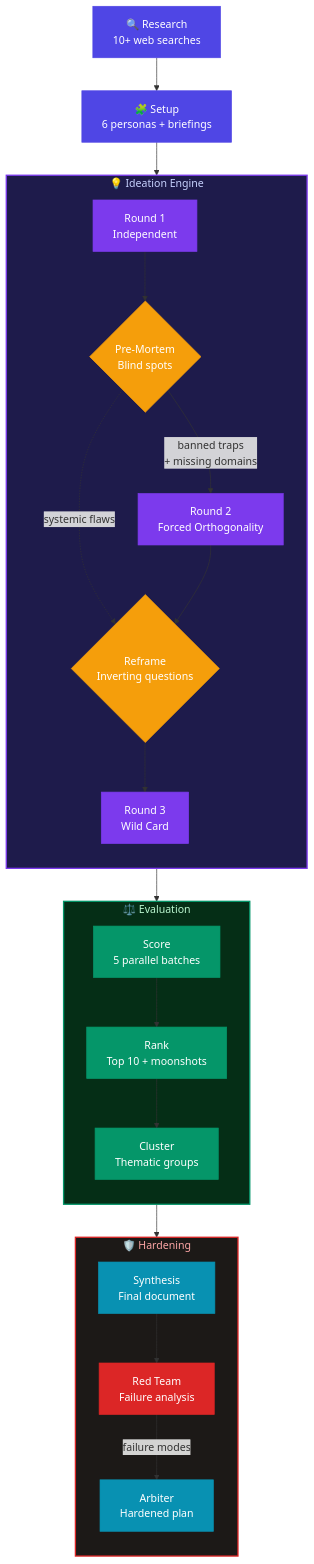
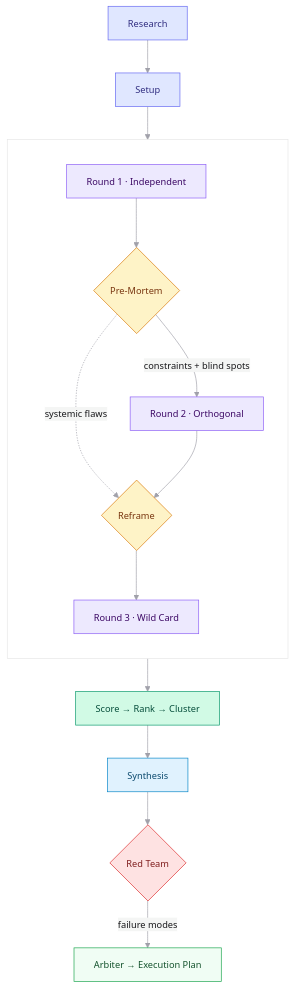
One commit to czemelman/brainstorm changed the diagram in README.md. Above: the diagram before and after it, drawn with Mermaid. The commit also changed other lines of this file, not shown here.

````diff
--- a/README.md
+++ b/README.md
@@ -23,47 +27,40 @@
 ```mermaid
+%%{init: {'theme': 'base', 'themeVariables': {'fontSize': '14px', 'primaryColor': '#f4f4f5', 'primaryTextColor': '#18181b', 'lineColor': '#a1a1aa', 'primaryBorderColor': '#d4d4d8'}}}%%
+
 graph TD
-    A["🔍 Research\n10+ web searches"] --> B["🧩 Setup\n6 personas + briefings"]
+    R["Research"] --> S["Setup"]
 
-    subgraph IDEATION ["💡 Ideation Engine"]
+    S --> R1["Round 1 · Independent"]
+    R1 --> PM{"Pre-Mortem"}
+    PM -->|constraints + blind spots| R2["Round 2 · Orthogonal"]
+    PM -.->|systemic flaws| RF{"Reframe"}
+    R2 --> RF
+    RF --> R3["Round 3 · Wild Card"]
+
+    R3 --> SC["Score → Rank → Cluster"]
+
+    SC --> SY["Synthesis"]
+    SY --> RT{"Red Team"}
+    RT -->|failure modes| AR["Arbiter → Execution Plan"]
+
+    subgraph " "
         direction TB
-        C["Round 1\nIndependent"] --> D{"Pre-Mortem\nBlind spots"}
-        D -->|"banned traps\n+ missing domains"| E["Round 2\nForced Orthogonality"]
-        D -.->|"systemic flaws"| F{"Reframe\nInverting questions"}
-        E --> F
-        F --> G["Round 3\nWild Card"]
+        R1
+        PM
+        R2
+        RF
+        R3
     end
 
-    subgraph EVAL ["⚖️ Evaluation"]
-        direction TB
-        H["Score\n5 parallel batches"] --> I["Rank\nTop 10 + moonshots"]
-        I --> J["Cluster\nThematic groups"]
-    end
-
-    subgraph HARDEN ["🛡️ Hardening"]
-        direction TB
-        K["Synthesis\nFinal document"] --> L["Red Team\nFailure analysis"]
-        L -->|"failure modes"| M["Arbiter\nHardened plan"]
-    end
-
-    B --> IDEATION
-    IDEATION --> EVAL
-    EVAL --> HARDEN
-
-    style A fill:#4f46e5,stroke:#4f46e5,color:#fff
-    style B fill:#4f46e5,stroke:#4f46e5,color:#fff
-    style C fill:#7c3aed,stroke:#7c3aed,color:#fff
-    style D fill:#f59e0b,stroke:#f59e0b,color:#fff
-    style E fill:#7c3aed,stroke:#7c3aed,color:#fff
-    style F fill:#f59e0b,stroke:#f59e0b,color:#fff
-    style G fill:#7c3aed,stroke:#7c3aed,color:#fff
-    style H fill:#059669,stroke:#059669,color:#fff
-    style I fill:#059669,stroke:#059669,color:#fff
-    style J fill:#059669,stroke:#059669,color:#fff
-    style K fill:#0891b2,stroke:#0891b2,color:#fff
-    style L fill:#dc2626,stroke:#dc2626,color:#fff
-    style M fill:#0891b2,stroke:#0891b2,color:#fff
-
-    style IDEATION fill:#1e1b4b,stroke:#7c3aed,color:#c7d2fe,stroke-width:2px
-    style EVAL fill:#052e16,stroke:#059669,color:#bbf7d0,stroke-width:2px
-    style HARDEN fill:#1c1917,stroke:#dc2626,color:#fca5a5,stroke-width:2px
+    style R fill:#e0e7ff,stroke:#6366f1,color:#312e81
+    style S fill:#e0e7ff,stroke:#6366f1,color:#312e81
+    style R1 fill:#ede9fe,stroke:#8b5cf6,color:#3b0764
+    style R2 fill:#ede9fe,stroke:#8b5cf6,color:#3b0764
+    style R3 fill:#ede9fe,stroke:#8b5cf6,color:#3b0764
+    style PM fill:#fef3c7,stroke:#d97706,color:#78350f
+    style RF fill:#fef3c7,stroke:#d97706,color:#78350f
+    style SC fill:#d1fae5,stroke:#059669,color:#064e3b
+    style SY fill:#e0f2fe,stroke:#0284c7,color:#0c4a6e
+    style RT fill:#fee2e2,stroke:#dc2626,color:#7f1d1d
+    style AR fill:#f0fdf4,stroke:#16a34a,color:#14532d
 ```
````
